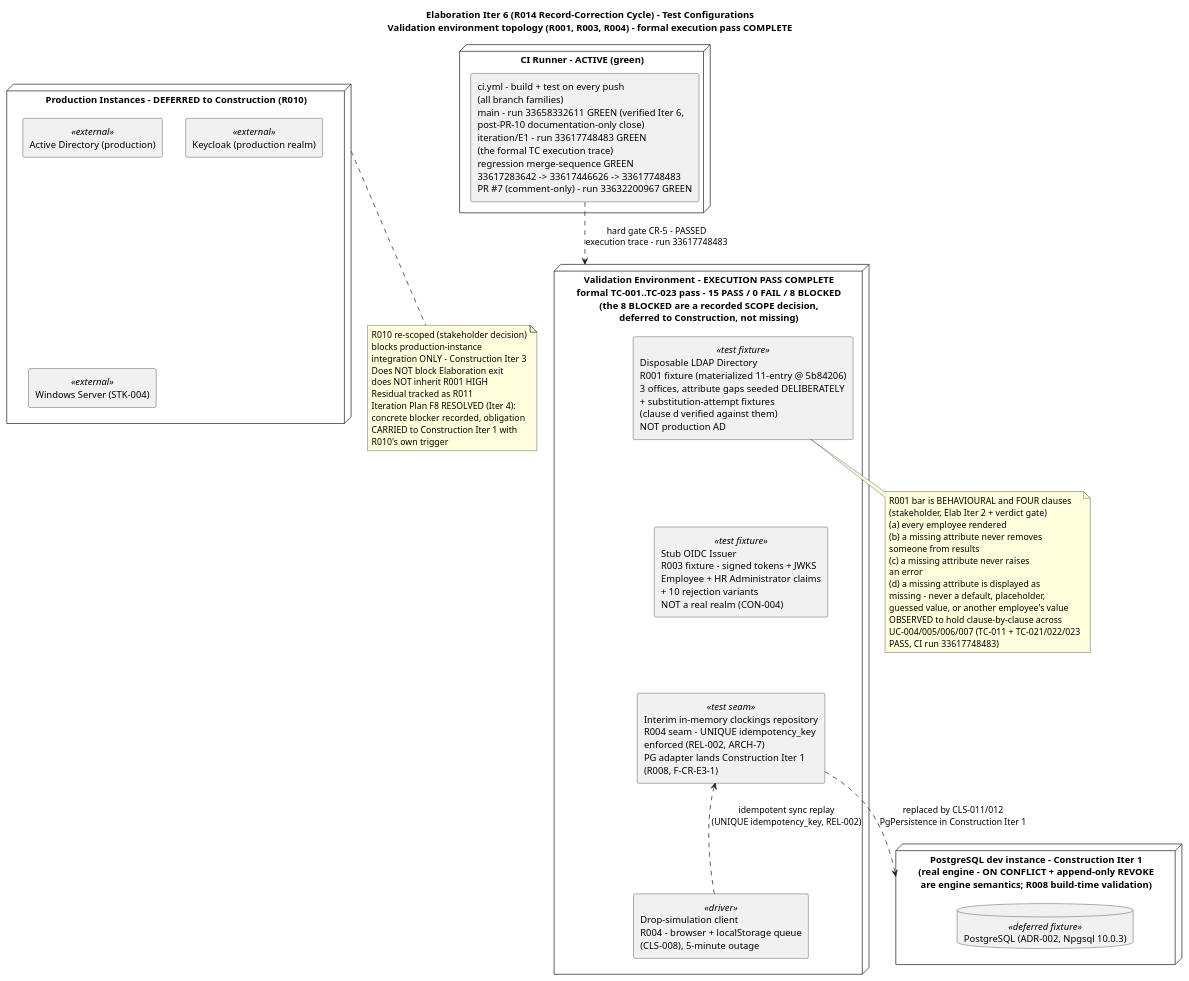
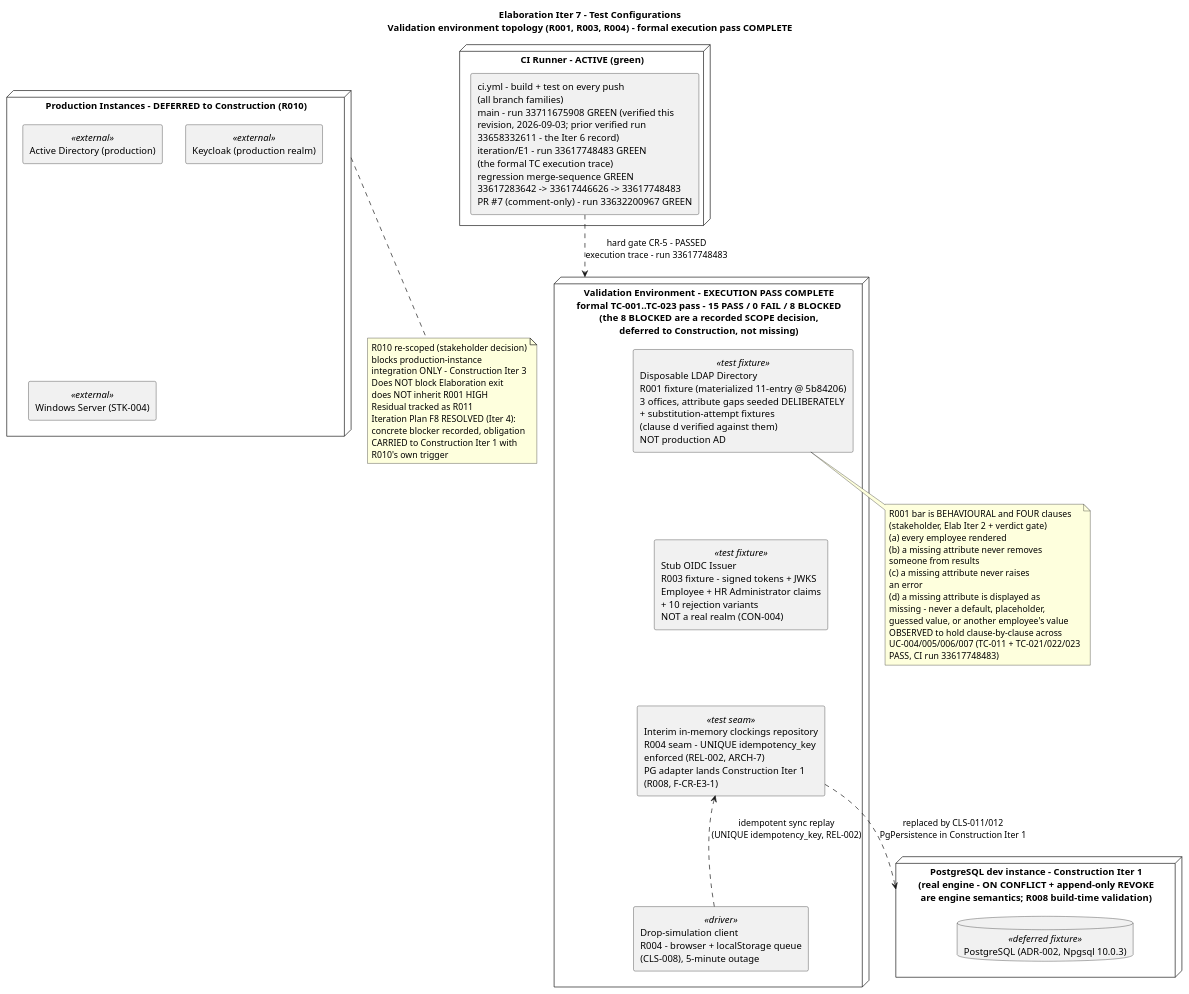
The first of 5 diagrams in docs/artifacts/test/test-evaluation-summary.md (banense-test/employee-portal), drawn with PlantUML before and after one commit. The commit also changed other lines of this file, not shown here.

First line of the commit message:
Test Manager [E7]: upsert Test Evaluation Summary

````diff
--- a/docs/artifacts/test/test-evaluation-summary.md
+++ b/docs/artifacts/test/test-evaluation-summary.md
@@ -43,64 +43,64 @@
 ```plantuml
 @startuml
 skinparam componentStyle rectangle
 skinparam fontSize 11
-title Elaboration Iter 6 (R014 Record-Correction Cycle) - Test Configurations\nValidation environment topology (R001, R003, R004) - formal execution pass COMPLETE
+title Elaboration Iter 7 - Test Configurations\nValidation environment topology (R001, R003, R004) - formal execution pass COMPLETE
 
 node "CI Runner - ACTIVE (green)" as CI {
-  component "ci.yml - build + test on every push\n(all branch families)\nmain - run 33658332611 GREEN (verified Iter 6,\npost-PR-10 documentation-only close)\niteration/E1 - run 33617748483 GREEN\n(the formal TC execution trace)\nregression merge-sequence GREEN\n33617283642 -> 33617446626 -> 33617748483\nPR #7 (comment-only) - run 33632200967 GREEN" as CIPIPE
+  component "ci.yml - build + test on every push\n(all branch families)\nmain - run 33711675908 GREEN (verified this\nrevision, 2026-09-03; prior verified run\n33658332611 - the Iter 6 record)\niteration/E1 - run 33617748483 GREEN\n(the formal TC execution trace)\nregression merge-sequence GREEN\n33617283642 -> 33617446626 -> 33617748483\nPR #7 (comment-only) - run 33632200967 GREEN" as CIPIPE
 }
 
 node "Validation Environment - EXECUTION PASS COMPLETE\nformal TC-001..TC-023 pass - 15 PASS / 0 FAIL / 8 BLOCKED\n(the 8 BLOCKED are a recorded SCOPE decision,\ndeferred to Construction, not missing)" as VAL {
   component "Disposable LDAP Directory\nR001 fixture (materialized 11-entry @ 5b84206)\n3 offices, attribute gaps seeded DELIBERATELY\n+ substitution-attempt fixtures\n(clause d verified against them)\nNOT production AD" as LDAPD <<test fixture>>
   component "Stub OIDC Issuer\nR003 fixture - signed tokens + JWKS\nEmployee + HR Administrator claims\n+ 10 rejection variants\nNOT a real realm (CON-004)" as STUB <<test fixture>>
   component "Interim in-memory clockings repository\nR004 seam - UNIQUE idempotency_key\nenforced (REL-002, ARCH-7)\nPG adapter lands Construction Iter 1\n(R008, F-CR-E3-1)" as REPO <<test seam>>
   component "Drop-simulation client\nR004 - browser + localStorage queue\n(CLS-008), 5-minute outage" as DROPC <<driver>>
 }
 
 node "PostgreSQL dev instance - Construction Iter 1\n(real engine - ON CONFLICT + append-only REVOKE\nare engine semantics; R008 build-time validation)" as PGDEF {
   database "PostgreSQL (ADR-002, Npgsql 10.0.3)" as PGDEV <<deferred fixture>>
 }
 
 node "Production Instances - DEFERRED to Construction (R010)" as PROD {
   component "Active Directory (production)" as ADP <<external>>
   component "Keycloak (production realm)" as KCP <<external>>
   component "Windows Server (STK-004)" as WSP <<external>>
 }
 
 CIPIPE ..> VAL : hard gate CR-5 - PASSED\nexecution trace - run 33617748483
 DROPC ..> REPO : idempotent sync replay\n(UNIQUE idempotency_key, REL-002)
 REPO ..> PGDEF : replaced by CLS-011/012\nPgPersistence in Construction Iter 1
 LDAPD -[hidden]-> STUB
 STUB -[hidden]-> REPO
 REPO -[hidden]-> DROPC
 
 note bottom of LDAPD
   R001 bar is BEHAVIOURAL and FOUR clauses
   (stakeholder, Elab Iter 2 + verdict gate)
   (a) every employee rendered
   (b) a missing attribute never removes
   someone from results
   (c) a missing attribute never raises
   an error
   (d) a missing attribute is displayed as
   missing - never a default, placeholder,
   guessed value, or another employee's value
   OBSERVED to hold clause-by-clause across
   UC-004/005/006/007 (TC-011 + TC-021/022/023
   PASS, CI run 33617748483)
 end note
 
 note bottom of PROD
   R010 re-scoped (stakeholder decision)
   blocks production-instance
   integration ONLY - Construction Iter 3
   Does NOT block Elaboration exit
   does NOT inherit R001 HIGH
   Residual tracked as R011
   Iteration Plan F8 RESOLVED (Iter 4):
   concrete blocker recorded, obligation
   CARRIED to Construction Iter 1 with
   R010's own trigger
 end note
 @enduml
 ```
````
